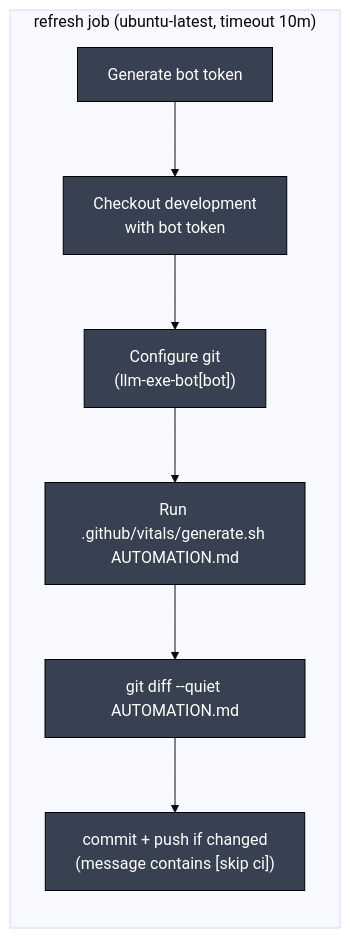
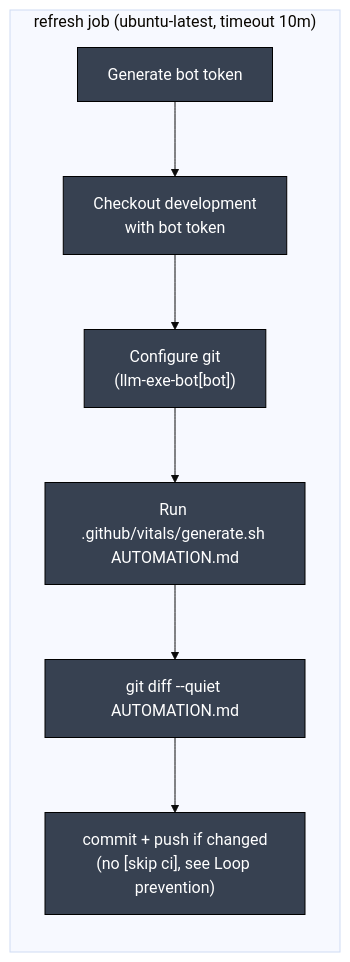
Before and after one commit to llm-exe/llm-exe: the third of 14 diagrams in .github/docs/VITALS_DEEP_DIVE.md, drawn with Mermaid (base theme). The commit also changed other lines of this file and 1 other file, not shown here.

````diff
--- a/.github/docs/VITALS_DEEP_DIVE.md
+++ b/.github/docs/VITALS_DEEP_DIVE.md
@@ -102,17 +102,17 @@
 ```mermaid
 flowchart TB
     classDef step fill:#374151,color:#fff,stroke:#000
     classDef job fill:#1e3a8a,color:#fff,stroke:#000
 
     subgraph J["refresh job (ubuntu-latest, timeout 10m)"]
         direction TB
         s1["Generate bot token"]:::step
         s2["Checkout development<br/>with bot token"]:::step
         s3["Configure git<br/>(llm-exe-bot[bot])"]:::step
         s4["Run .github/vitals/generate.sh AUTOMATION.md"]:::step
         s5["git diff --quiet AUTOMATION.md"]:::step
-        s6["commit + push if changed<br/>(message contains [skip ci])"]:::step
+        s6["commit + push if changed<br/>(no [skip ci], see Loop prevention)"]:::step
 
         s1 --> s2 --> s3 --> s4 --> s5 --> s6
     end
 ```
````
